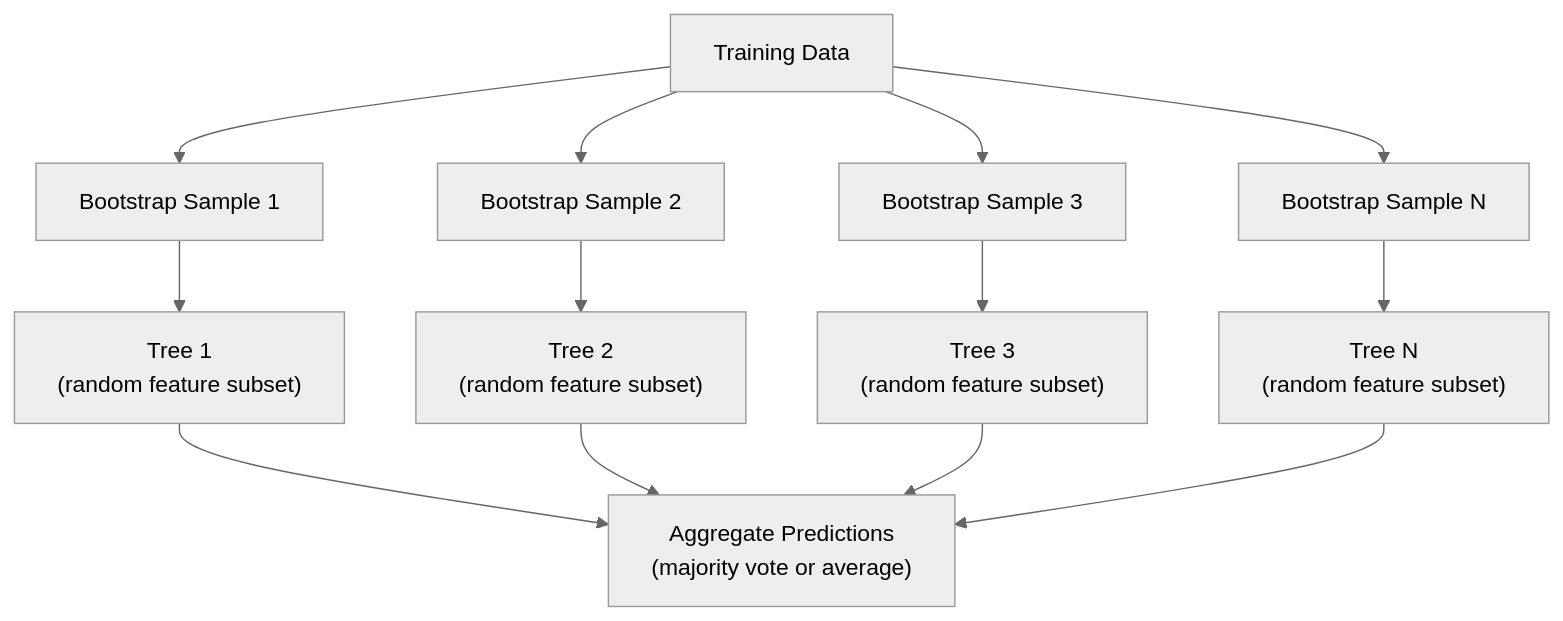
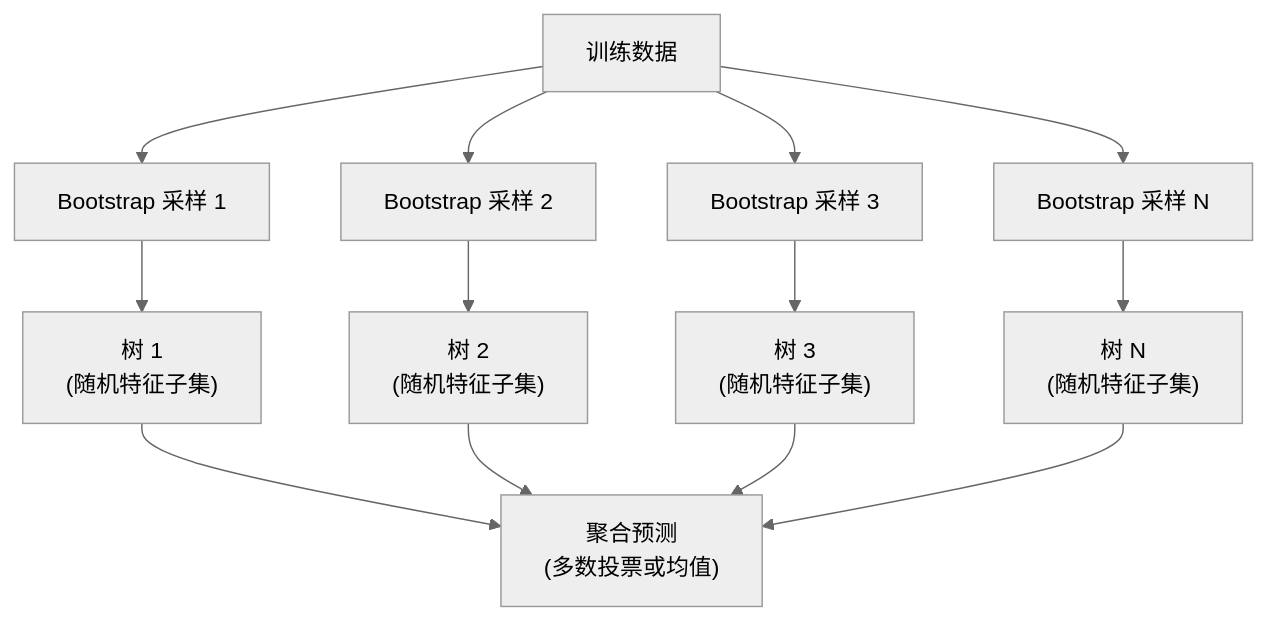
The second of 2 diagrams in phases/02-ml-fundamentals/04-decision-trees/docs/zh.md (omigaZen/ai-engineering-from-scratch), drawn with Mermaid (neutral theme) before and after one commit. The commit also changed other lines of this file and 3 other files, not shown here.

````diff
--- a/phases/02-ml-fundamentals/04-decision-trees/docs/zh.md
+++ b/phases/02-ml-fundamentals/04-decision-trees/docs/zh.md
@@ -158,15 +143,15 @@
 ```mermaid
 graph TD
-    D["Training Data"] --> B1["Bootstrap Sample 1"]
-    D --> B2["Bootstrap Sample 2"]
-    D --> B3["Bootstrap Sample 3"]
-    D --> BN["Bootstrap Sample N"]
-    B1 --> T1["Tree 1<br>(random feature subset)"]
-    B2 --> T2["Tree 2<br>(random feature subset)"]
-    B3 --> T3["Tree 3<br>(random feature subset)"]
-    BN --> TN["Tree N<br>(random feature subset)"]
-    T1 --> V["Aggregate Predictions<br>(majority vote or average)"]
+    D["训练数据"] --> B1["Bootstrap 采样 1"]
+    D --> B2["Bootstrap 采样 2"]
+    D --> B3["Bootstrap 采样 3"]
+    D --> BN["Bootstrap 采样 N"]
+    B1 --> T1["树 1<br>(随机特征子集)"]
+    B2 --> T2["树 2<br>(随机特征子集)"]
+    B3 --> T3["树 3<br>(随机特征子集)"]
+    BN --> TN["树 N<br>(随机特征子集)"]
+    T1 --> V["聚合预测<br>(多数投票或均值)"]
     T2 --> V
     T3 --> V
     TN --> V
 ```
````
